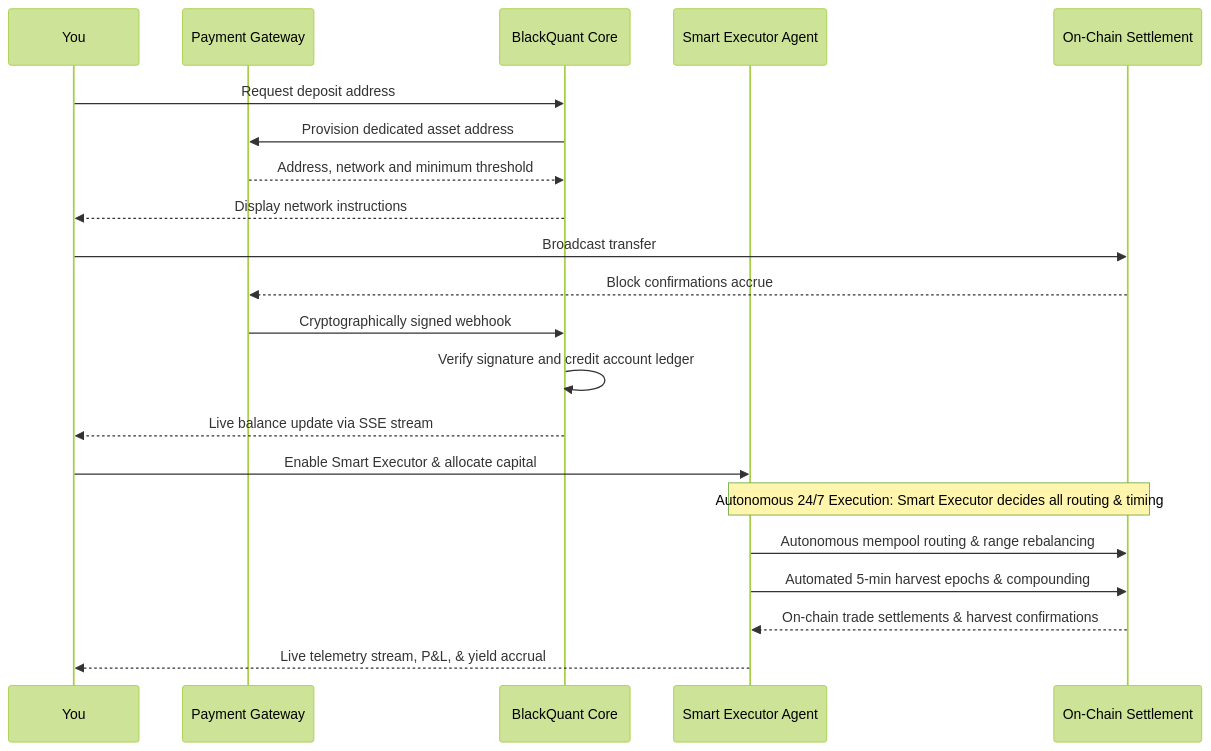
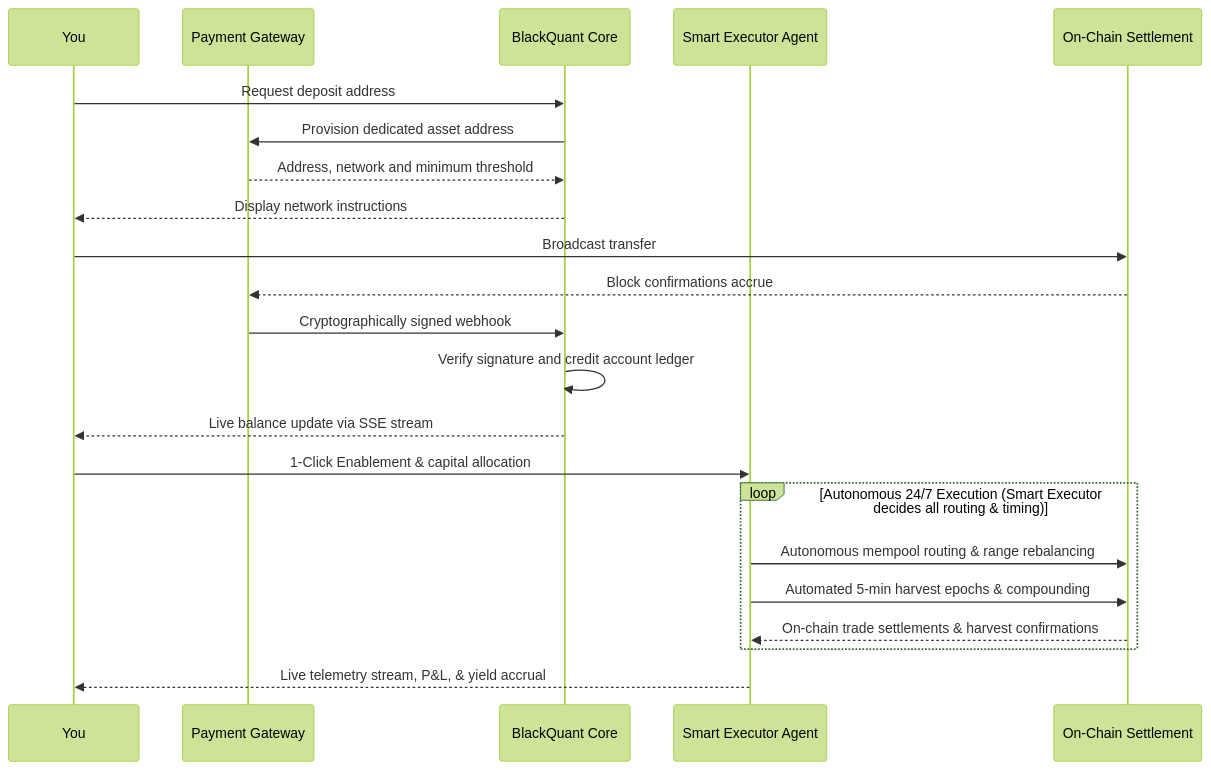
One commit to rempprandy/docs changed the diagram in introduction/how-it-works.mdx. Above: the diagram before and after it, drawn with Mermaid (forest theme). The commit also changed 1 other file, not shown here.

Commit message:
fix(diagram): resolve sequence diagram overlap with clean autonomous loop block and update overview flowchart

````diff
--- a/introduction/how-it-works.mdx
+++ b/introduction/how-it-works.mdx
@@ -10,24 +10,25 @@
 ```mermaid
 sequenceDiagram
     participant U as You
     participant NP as Payment Gateway
     participant BQ as BlackQuant Core
     participant SE as Smart Executor Agent
     participant CH as On-Chain Settlement
 
     U->>BQ: Request deposit address
     BQ->>NP: Provision dedicated asset address
     NP-->>BQ: Address, network and minimum threshold
     BQ-->>U: Display network instructions
     U->>CH: Broadcast transfer
     CH-->>NP: Block confirmations accrue
     NP->>BQ: Cryptographically signed webhook
     BQ->>BQ: Verify signature and credit account ledger
     BQ-->>U: Live balance update via SSE stream
-    U->>SE: Enable Smart Executor & allocate capital
-    Note over SE,CH: Autonomous 24/7 Execution: Smart Executor decides all routing & timing
-    SE->>CH: Autonomous mempool routing & range rebalancing
-    SE->>CH: Automated 5-min harvest epochs & compounding
-    CH-->>SE: On-chain trade settlements & harvest confirmations
+    U->>SE: 1-Click Enablement & capital allocation
+    loop Autonomous 24/7 Execution (Smart Executor decides all routing & timing)
+        SE->>CH: Autonomous mempool routing & range rebalancing
+        SE->>CH: Automated 5-min harvest epochs & compounding
+        CH-->>SE: On-chain trade settlements & harvest confirmations
+    end
     SE-->>U: Live telemetry stream, P&L, & yield accrual
 ```
````
